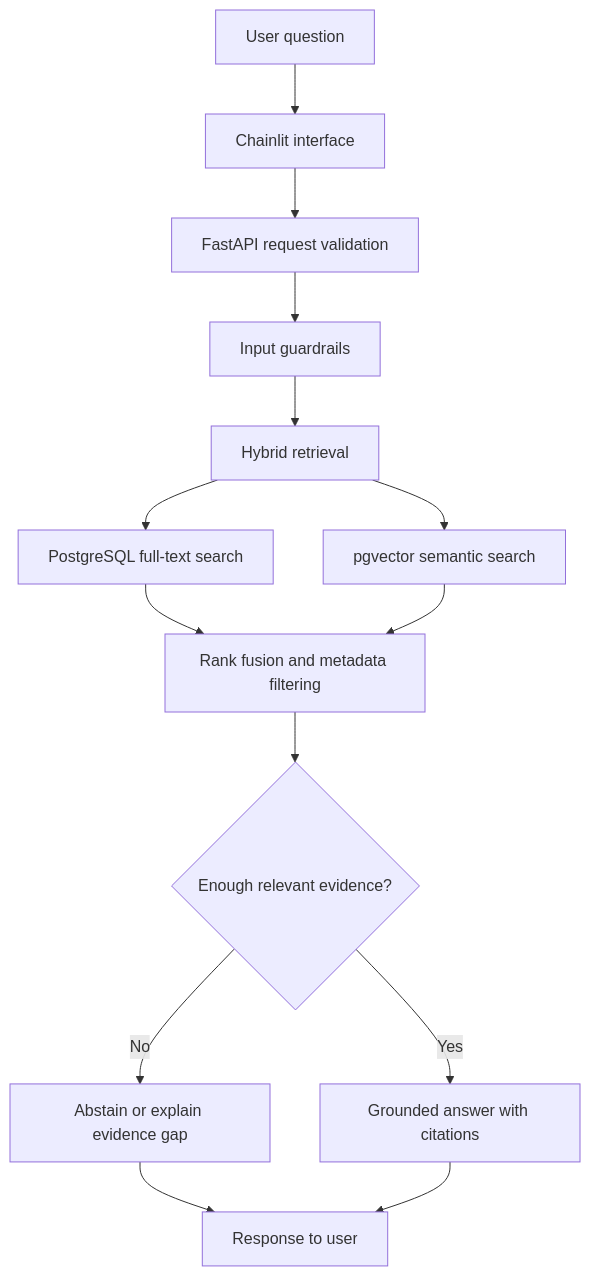
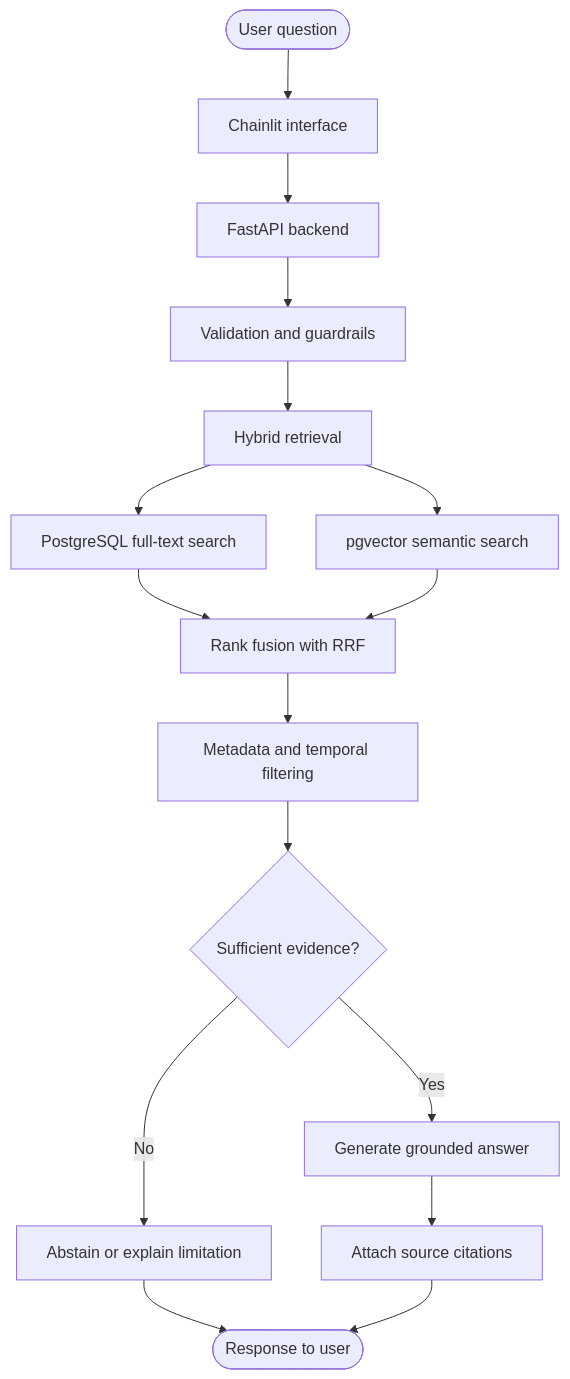
The first of 3 diagrams in README.md (adrinjoseph/Advanced-RAG), drawn with Mermaid before and after one commit. The commit also changed other lines of this file, not shown here.

````diff
--- a/README.md
+++ b/README.md
@@ -26,16 +30,18 @@
 ```mermaid
 flowchart TD
-    A[User question] --> B[Chainlit interface]
-    B --> C[FastAPI request validation]
-    C --> D[Input guardrails]
-    D --> E[Hybrid retrieval]
-    E --> F[PostgreSQL full-text search]
-    E --> G[pgvector semantic search]
-    F --> H[Rank fusion and metadata filtering]
-    G --> H
-    H --> I{Enough relevant evidence?}
-    I -- No --> J[Abstain or explain evidence gap]
-    I -- Yes --> K[Grounded answer with citations]
-    J --> L[Response to user]
-    K --> L
+    U([User question]) --> UI[Chainlit interface]
+    UI --> API[FastAPI backend]
+    API --> V[Validation and guardrails]
+    V --> H[Hybrid retrieval]
+    H --> L[PostgreSQL full-text search]
+    H --> S[pgvector semantic search]
+    L --> R[Rank fusion with RRF]
+    S --> R
+    R --> F[Metadata and temporal filtering]
+    F --> E{Sufficient evidence?}
+    E -- No --> A[Abstain or explain limitation]
+    E -- Yes --> G[Generate grounded answer]
+    G --> C[Attach source citations]
+    A --> OUT([Response to user])
+    C --> OUT
 ```
````
